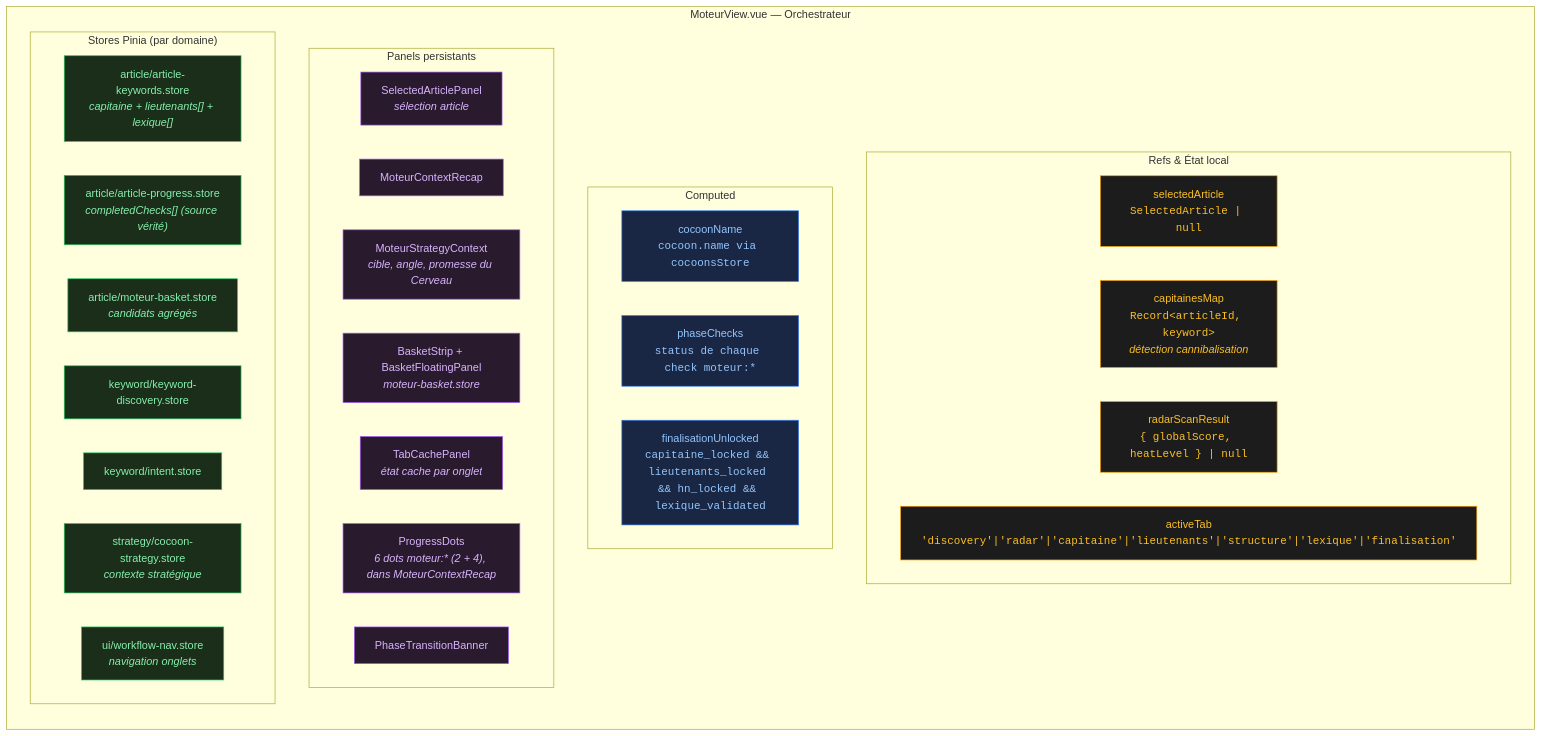
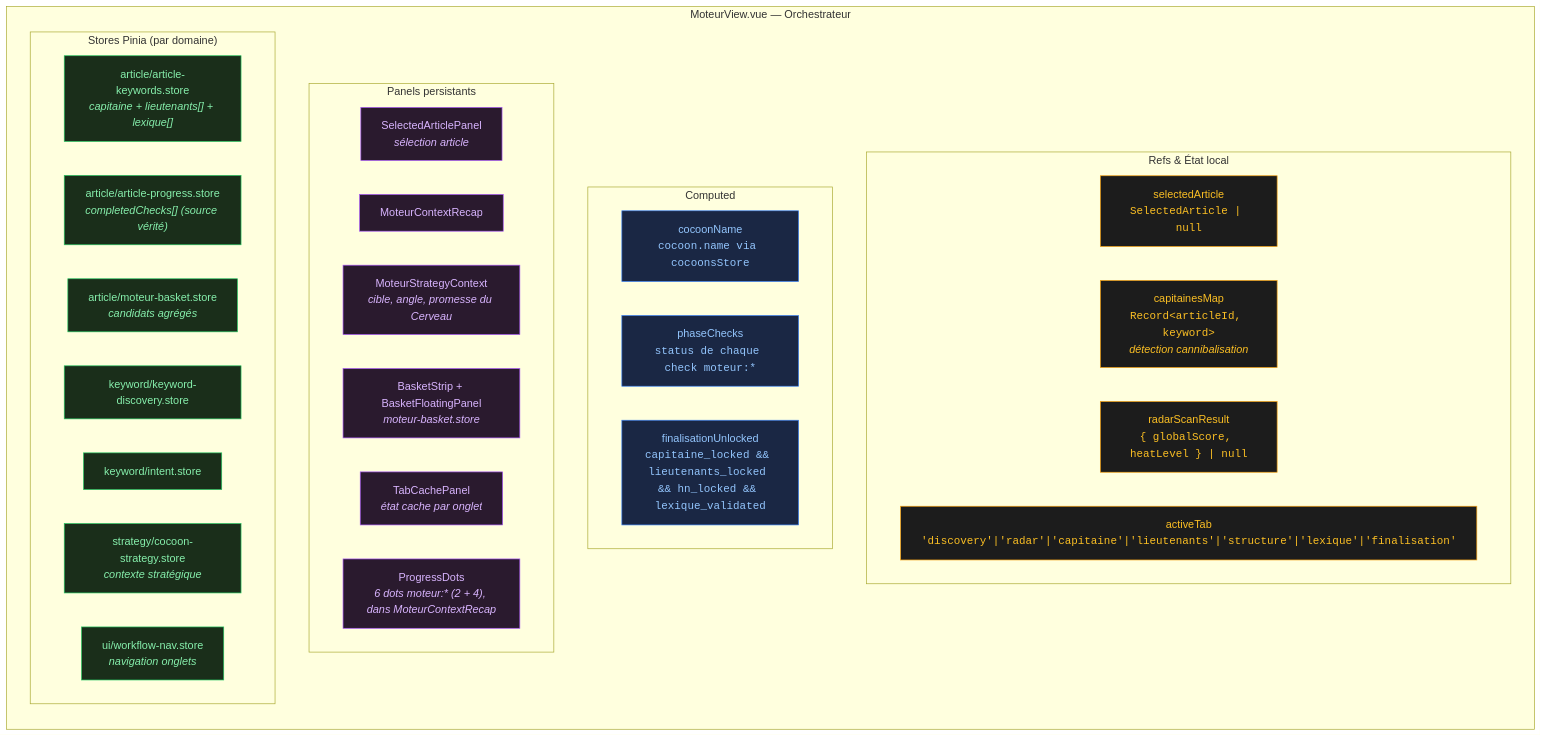
The second of 15 diagrams in docs/moteur-data-flow.md (annubis-knight/Blog_Redactor_SEO), drawn with Mermaid before and after one commit. The commit also changed 10 other files, not shown here.

````diff
--- a/docs/moteur-data-flow.md
+++ b/docs/moteur-data-flow.md
@@ -101,44 +101,43 @@
 ```mermaid
 flowchart TB
   classDef ref fill:#1c1c1c,stroke:#f59e0b,color:#fbbf24
   classDef store fill:#1a2e1a,stroke:#22c55e,color:#86efac
   classDef computed fill:#1a2744,stroke:#3b82f6,color:#93c5fd
   classDef panel fill:#2a1a2e,stroke:#a855f7,color:#d8b4fe
 
   subgraph MOTEUR_VIEW["MoteurView.vue — Orchestrateur"]
     direction TB
 
     subgraph REFS["Refs & État local"]
       R1["selectedArticle<br/><code>SelectedArticle | null</code>"]:::ref
       R2["capitainesMap<br/><code>Record&lt;articleId, keyword&gt;</code><br/><i>détection cannibalisation</i>"]:::ref
       R3["radarScanResult<br/><code>{ globalScore, heatLevel } | null</code>"]:::ref
       R4["activeTab<br/><code>'discovery'|'radar'|'capitaine'|'lieutenants'|'structure'|'lexique'|'finalisation'</code>"]:::ref
     end
 
     subgraph COMP["Computed"]
       C1["cocoonName<br/><code>cocoon.name via cocoonsStore</code>"]:::computed
       C2["phaseChecks<br/><code>status de chaque check moteur:*</code>"]:::computed
       C3["finalisationUnlocked<br/><code>capitaine_locked && lieutenants_locked && hn_locked && lexique_validated</code>"]:::computed
     end
 
     subgraph PANELS["Panels persistants"]
       P1["SelectedArticlePanel<br/><i>sélection article</i>"]:::panel
       P2["MoteurContextRecap"]:::panel
       P3["MoteurStrategyContext<br/><i>cible, angle, promesse du Cerveau</i>"]:::panel
       P4["BasketStrip + BasketFloatingPanel<br/><i>moteur-basket.store</i>"]:::panel
       P5["TabCachePanel<br/><i>état cache par onglet</i>"]:::panel
       P6["ProgressDots<br/><i>6 dots moteur:* (2 + 4), dans MoteurContextRecap</i>"]:::panel
-      P7["PhaseTransitionBanner"]:::panel
     end
 
     subgraph STORES["Stores Pinia (par domaine)"]
       S1["article/article-keywords.store<br/><i>capitaine + lieutenants[] + lexique[]</i>"]:::store
       S2["article/article-progress.store<br/><i>completedChecks[] (source vérité)</i>"]:::store
       S3["article/moteur-basket.store<br/><i>candidats agrégés</i>"]:::store
       S4["keyword/keyword-discovery.store"]:::store
       S5["keyword/intent.store"]:::store
       S6["strategy/cocoon-strategy.store<br/><i>contexte stratégique</i>"]:::store
       S7["ui/workflow-nav.store<br/><i>navigation onglets</i>"]:::store
     end
   end
 ```
````
